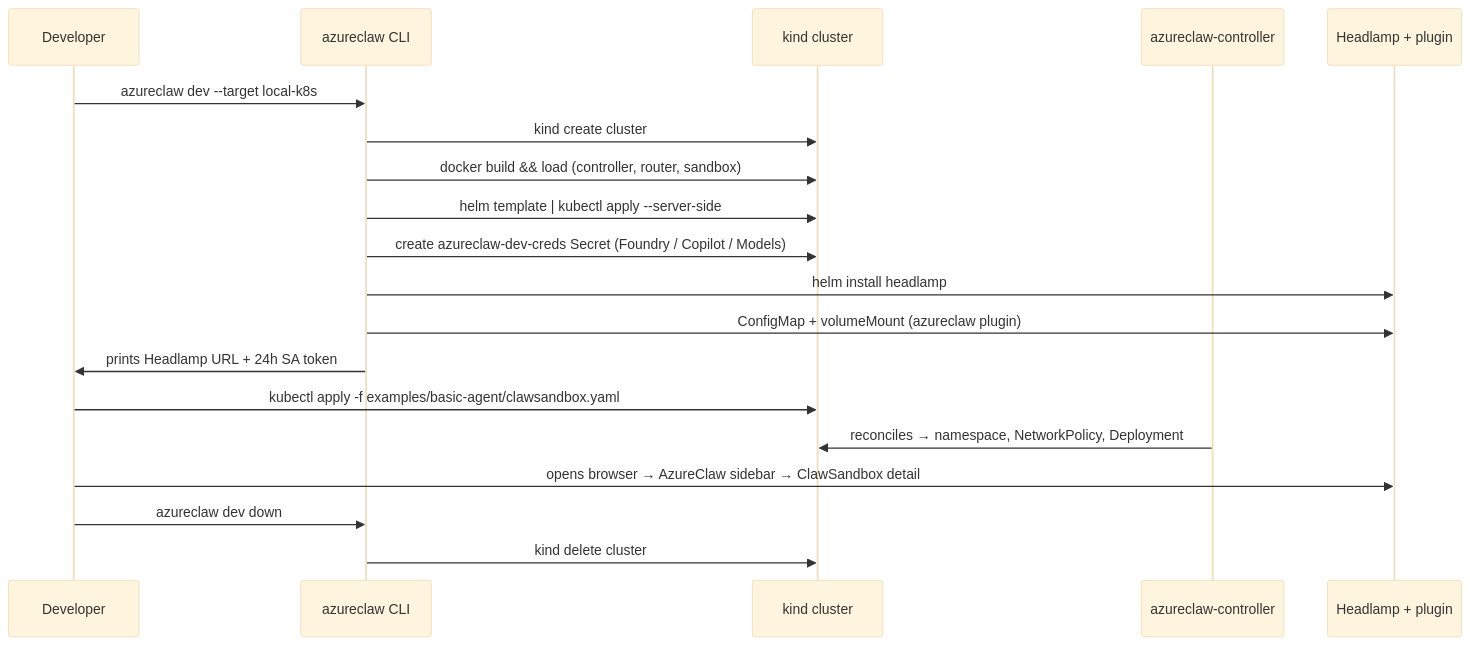
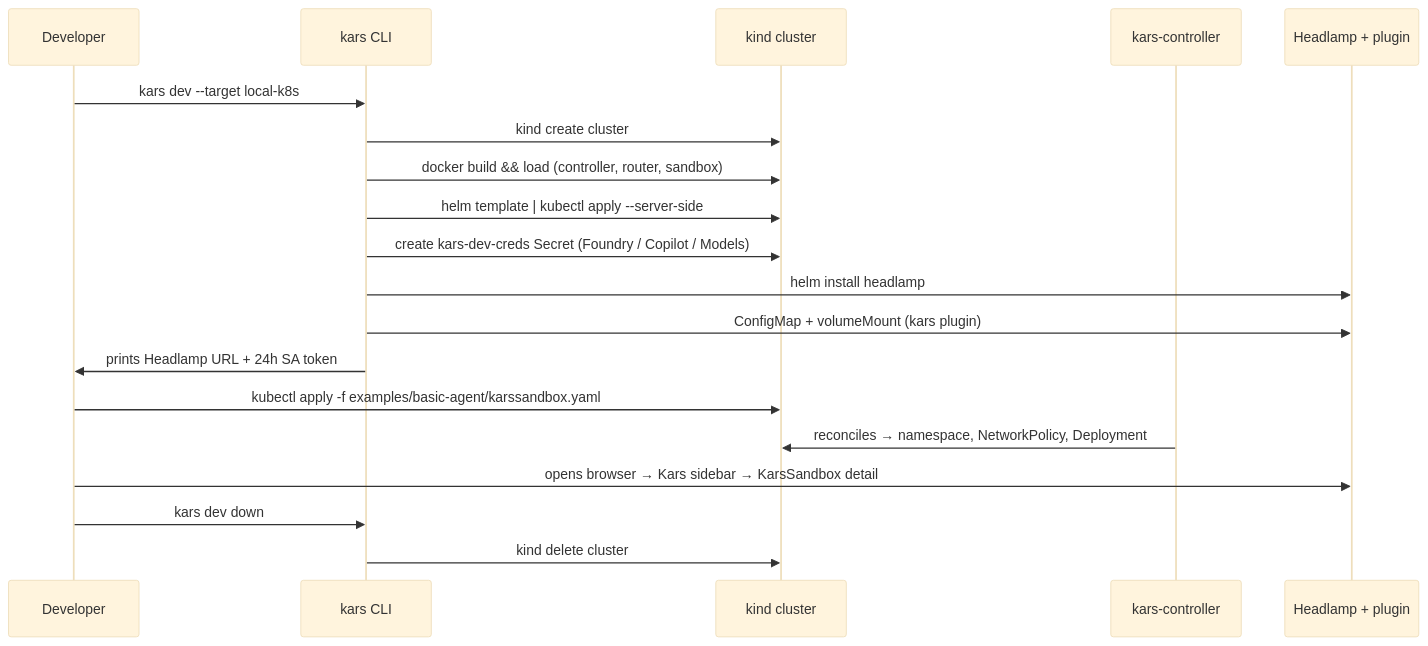
One commit to lachie83/kars changed the second of 2 diagrams in docs/blueprints/02-local-k8s-dev-loop.md. Above: the diagram before and after it, drawn with Mermaid (base theme). The commit also changed other lines of this file and 694 other files, not shown here.

First line of the commit message:
chore(rebrand): rename project to Kars — Agent Reference Stack for Kubernetes (#355)

````diff
--- a/docs/blueprints/02-local-k8s-dev-loop.md
+++ b/docs/blueprints/02-local-k8s-dev-loop.md
@@ -57,21 +57,21 @@
 ```mermaid
 sequenceDiagram
   participant Dev as Developer
-  participant CLI as azureclaw CLI
+  participant CLI as kars CLI
   participant Kind as kind cluster
-  participant Ctrl as azureclaw-controller
+  participant Ctrl as kars-controller
   participant HL as Headlamp + plugin
-  Dev->>CLI: azureclaw dev --target local-k8s
+  Dev->>CLI: kars dev --target local-k8s
   CLI->>Kind: kind create cluster
   CLI->>Kind: docker build && load (controller, router, sandbox)
   CLI->>Kind: helm template | kubectl apply --server-side
-  CLI->>Kind: create azureclaw-dev-creds Secret (Foundry / Copilot / Models)
+  CLI->>Kind: create kars-dev-creds Secret (Foundry / Copilot / Models)
   CLI->>HL: helm install headlamp
-  CLI->>HL: ConfigMap + volumeMount (azureclaw plugin)
+  CLI->>HL: ConfigMap + volumeMount (kars plugin)
   CLI->>Dev: prints Headlamp URL + 24h SA token
-  Dev->>Kind: kubectl apply -f examples/basic-agent/clawsandbox.yaml
+  Dev->>Kind: kubectl apply -f examples/basic-agent/karssandbox.yaml
   Ctrl->>Kind: reconciles → namespace, NetworkPolicy, Deployment
-  Dev->>HL: opens browser → AzureClaw sidebar → ClawSandbox detail
-  Dev->>CLI: azureclaw dev down
+  Dev->>HL: opens browser → Kars sidebar → KarsSandbox detail
+  Dev->>CLI: kars dev down
   CLI->>Kind: kind delete cluster
 ```
````
